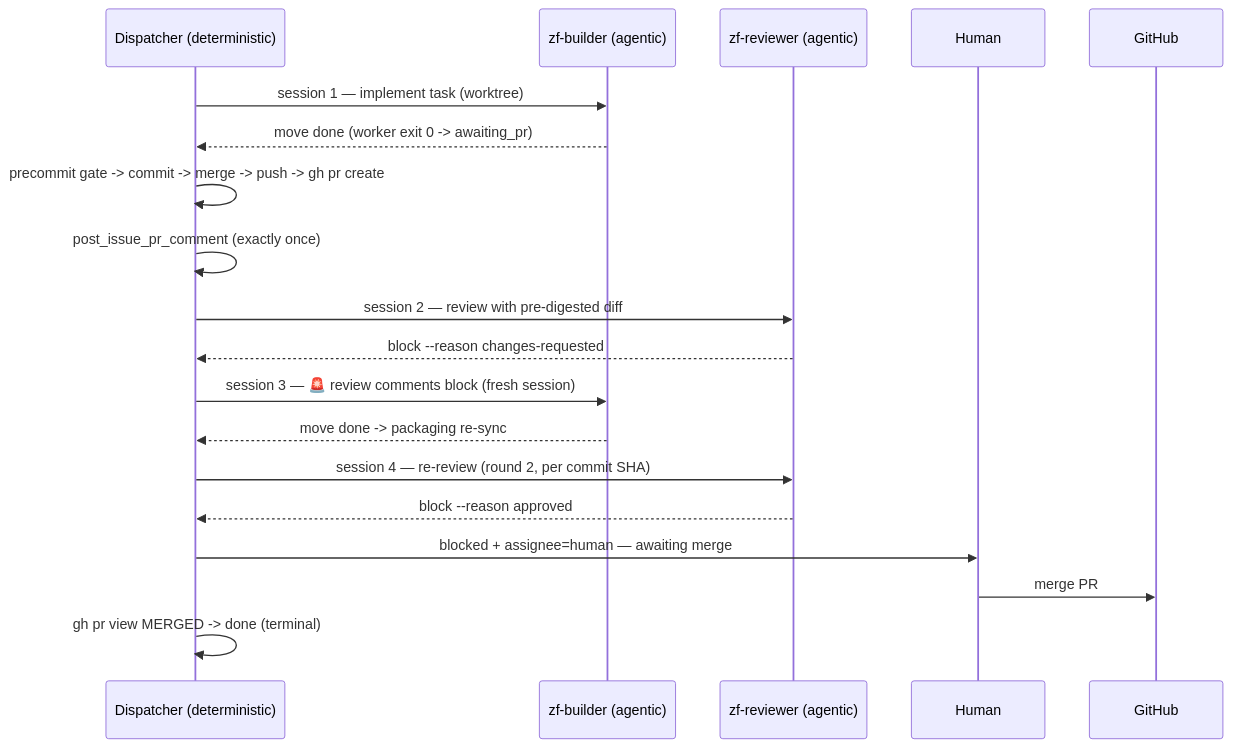
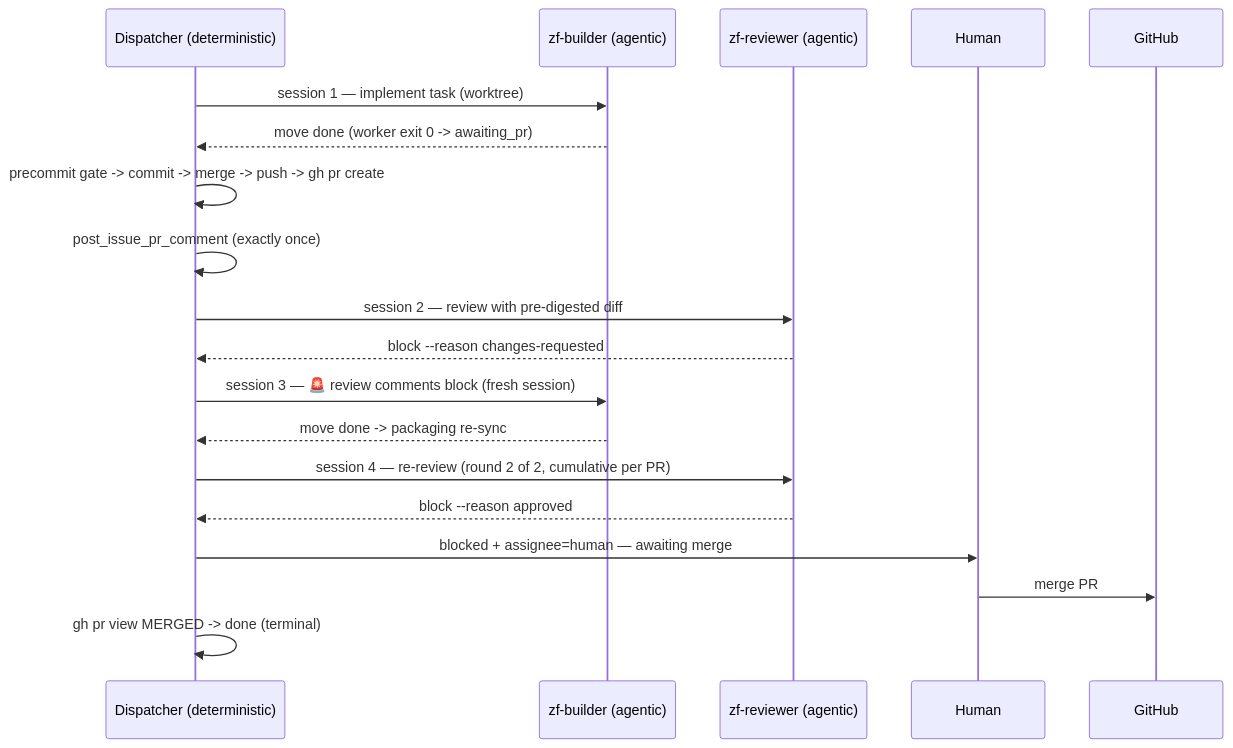
One commit to hotcode-dev/zerofactory changed the fifth of 11 diagrams in docs/FLOWS.md. Above: the diagram before and after it, drawn with Mermaid. The commit also changed other lines of this file and 14 other files, not shown here.

Commit message:
feat(dispatcher): harden anti-slop gate and fix 2-round PR review cap

````diff
--- a/docs/FLOWS.md
+++ b/docs/FLOWS.md
@@ -291,21 +291,21 @@
 ```mermaid
 sequenceDiagram
     participant D as Dispatcher (deterministic)
     participant B as zf-builder (agentic)
     participant R as zf-reviewer (agentic)
     participant H as Human
 
     D->>B: session 1 — implement task (worktree)
     B-->>D: move done (worker exit 0 -> awaiting_pr)
     D->>D: precommit gate -> commit -> merge -> push -> gh pr create
     D->>D: post_issue_pr_comment (exactly once)
     D->>R: session 2 — review with pre-digested diff
     R-->>D: block --reason changes-requested
     D->>B: session 3 — 🚨 review comments block (fresh session)
     B-->>D: move done -> packaging re-sync
-    D->>R: session 4 — re-review (round 2, per commit SHA)
+    D->>R: session 4 — re-review (round 2 of 2, cumulative per PR)
     R-->>D: block --reason approved
     D->>H: blocked + assignee=human — awaiting merge
     H->>GitHub: merge PR
     D->>D: gh pr view MERGED -> done (terminal)
 ```
````
